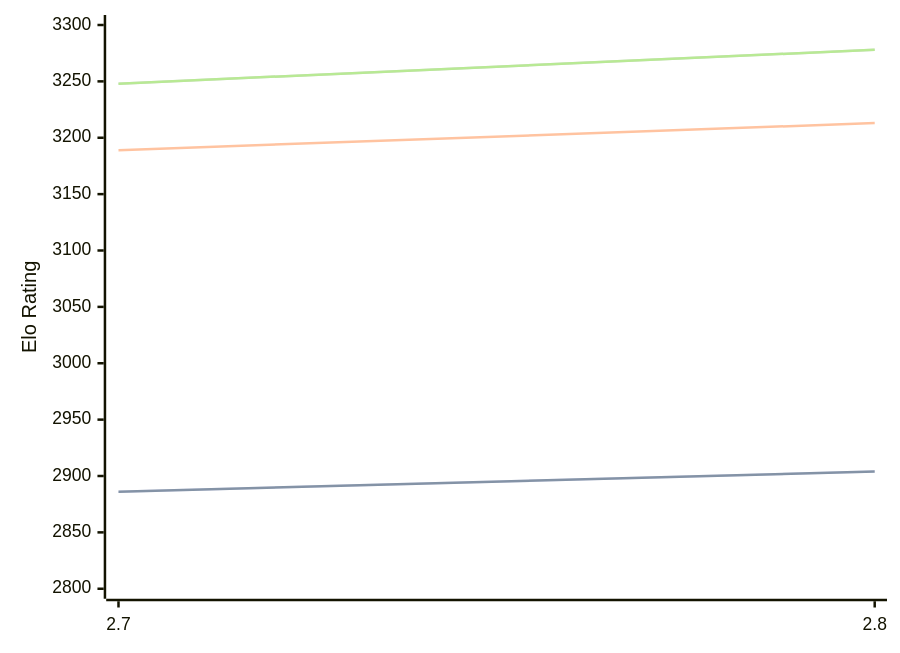
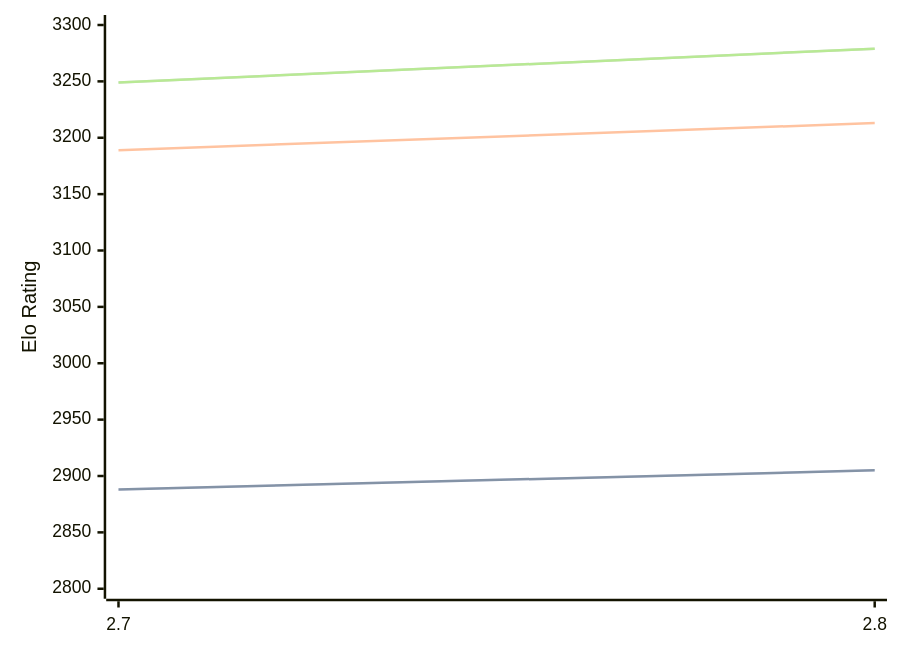
One commit to computer-chess-index/cci changed the diagram in engines/Arcanum.md. Above: the diagram before and after it, drawn with Mermaid. The commit also changed other lines of this file, not shown here.

Commit message:
Update CCI Ratings (ELO VLTC) - 2026-07-23

````diff
--- a/engines/Arcanum.md
+++ b/engines/Arcanum.md
@@ -44,11 +44,11 @@
 ```mermaid
 %%{init: {"theme":"base","themeVariables":{"seriesColors:['#a3a3a3','#222221','#faa371']}}}%%
 xychart-beta
   x-axis ["2.7", "2.8"]
   y-axis "Elo Rating" 2800 --> 3300
-  line "STC (8.0+0.08s)" [2886, 2904]
-  line "STC (8.0+0.08s)" [2886, 2904]
+  line "STC (8.0+0.08s)" [2888, 2905]
+  line "STC (8.0+0.08s)" [2888, 2905]
   line "LTC (60.0+0.60s)" [3189, 3213]
-  line "VLTC (2m24s+1.12s)" [3248, 3278]
-  line "VLTC (2m24s+1.12s)" [3248, 3278]
+  line "VLTC (2m24s+1.12s)" [3249, 3279]
+  line "VLTC (2m24s+1.12s)" [3249, 3279]
 ```
````
